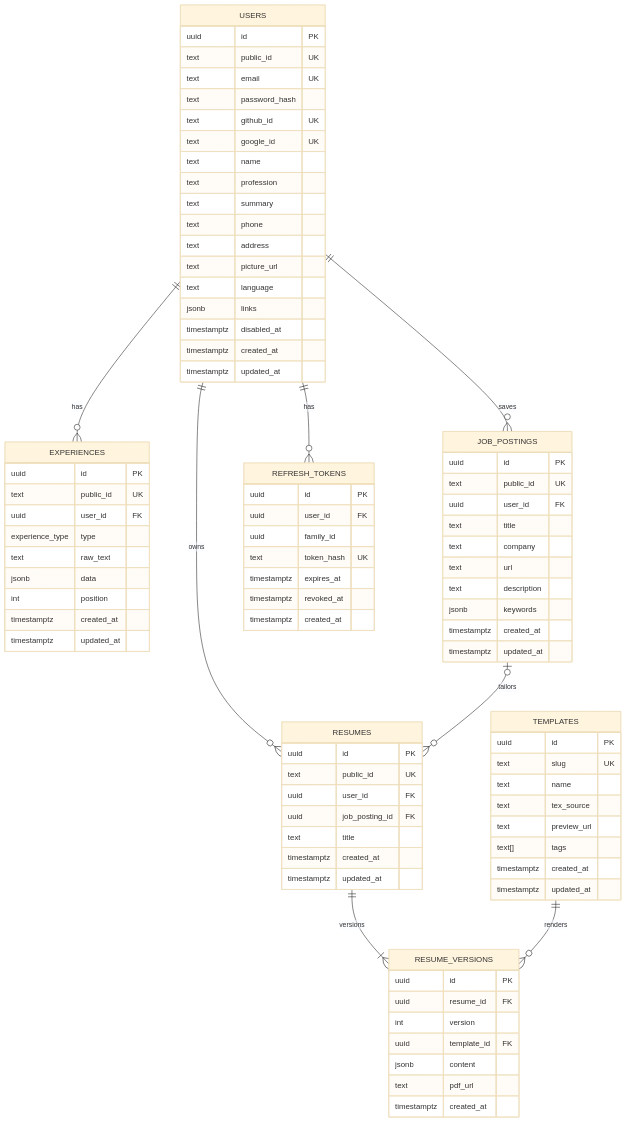
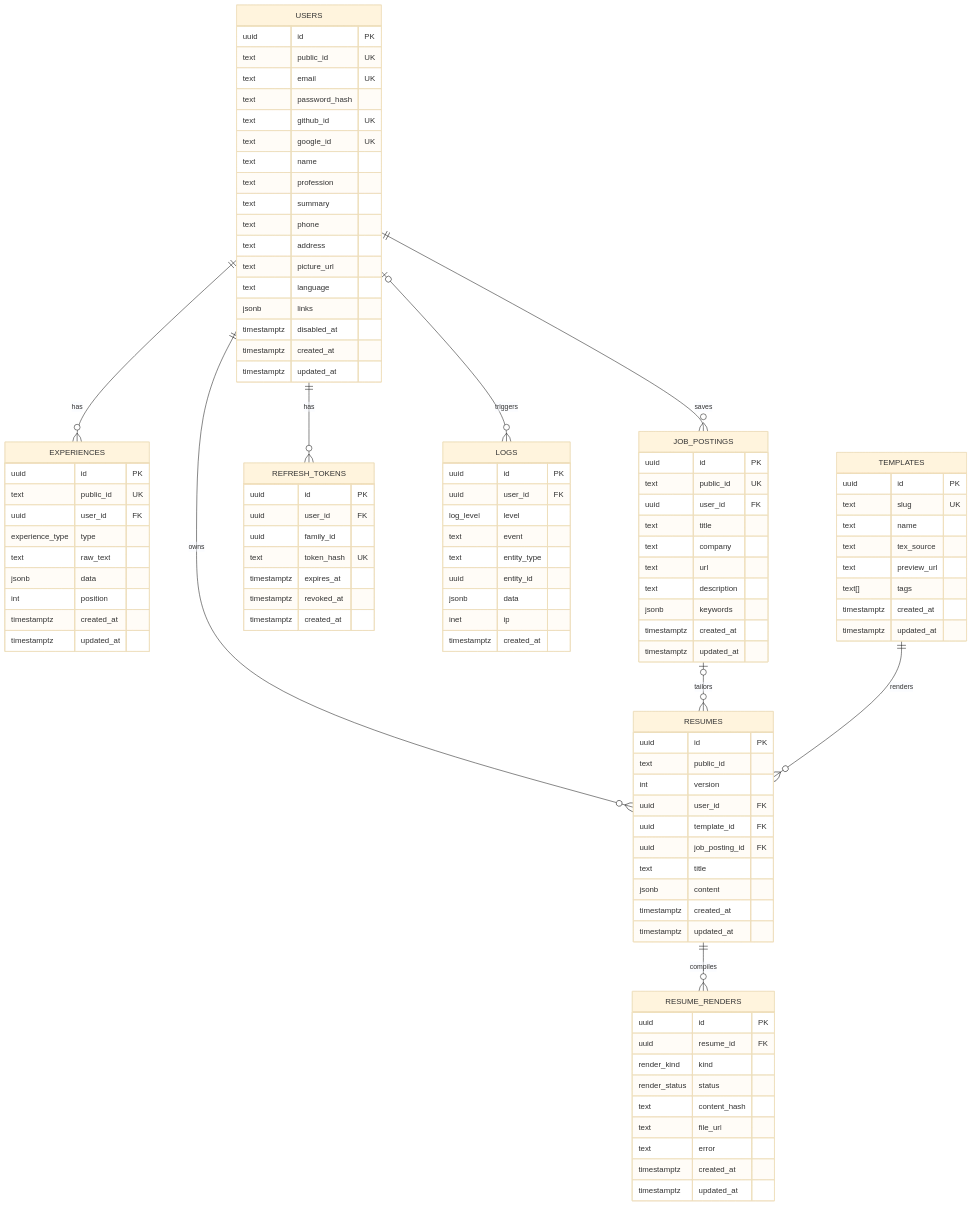
The diagram in docs/database/README.md (PUCTech/rayume), drawn with Mermaid (base theme) before and after one commit. The commit also changed other lines of this file, not shown here.

Commit message:
docs: keep resume versions in resumes; add resume_renders and logs

````diff
--- a/docs/database/README.md
+++ b/docs/database/README.md
@@ -28,9 +28,10 @@
   USERS ||--o{ JOB_POSTINGS : saves
   USERS ||--o{ RESUMES : owns
   USERS ||--o{ REFRESH_TOKENS : has
+  USERS |o--o{ LOGS : triggers
   JOB_POSTINGS |o--o{ RESUMES : tailors
-  RESUMES ||--|{ RESUME_VERSIONS : versions
-  TEMPLATES ||--o{ RESUME_VERSIONS : renders
+  TEMPLATES ||--o{ RESUMES : renders
+  RESUMES ||--o{ RESUME_RENDERS : compiles
 
   USERS {
     uuid id PK
@@ -79,22 +80,27 @@
 
   RESUMES {
     uuid id PK
-    text public_id UK
+    text public_id
+    int version
     uuid user_id FK
+    uuid template_id FK
     uuid job_posting_id FK
     text title
+    jsonb content
     timestamptz created_at
     timestamptz updated_at
   }
 
-  RESUME_VERSIONS {
+  RESUME_RENDERS {
     uuid id PK
     uuid resume_id FK
-    int version
-    uuid template_id FK
-    jsonb content
-    text pdf_url
+    render_kind kind
+    render_status status
+    text content_hash
+    text file_url
+    text error
     timestamptz created_at
+    timestamptz updated_at
   }
 
   TEMPLATES {
@@ -117,4 +123,16 @@
     timestamptz revoked_at
     timestamptz created_at
   }
+
+  LOGS {
+    uuid id PK
+    uuid user_id FK
+    log_level level
+    text event
+    text entity_type
+    uuid entity_id
+    jsonb data
+    inet ip
+    timestamptz created_at
+  }
 ```
````
